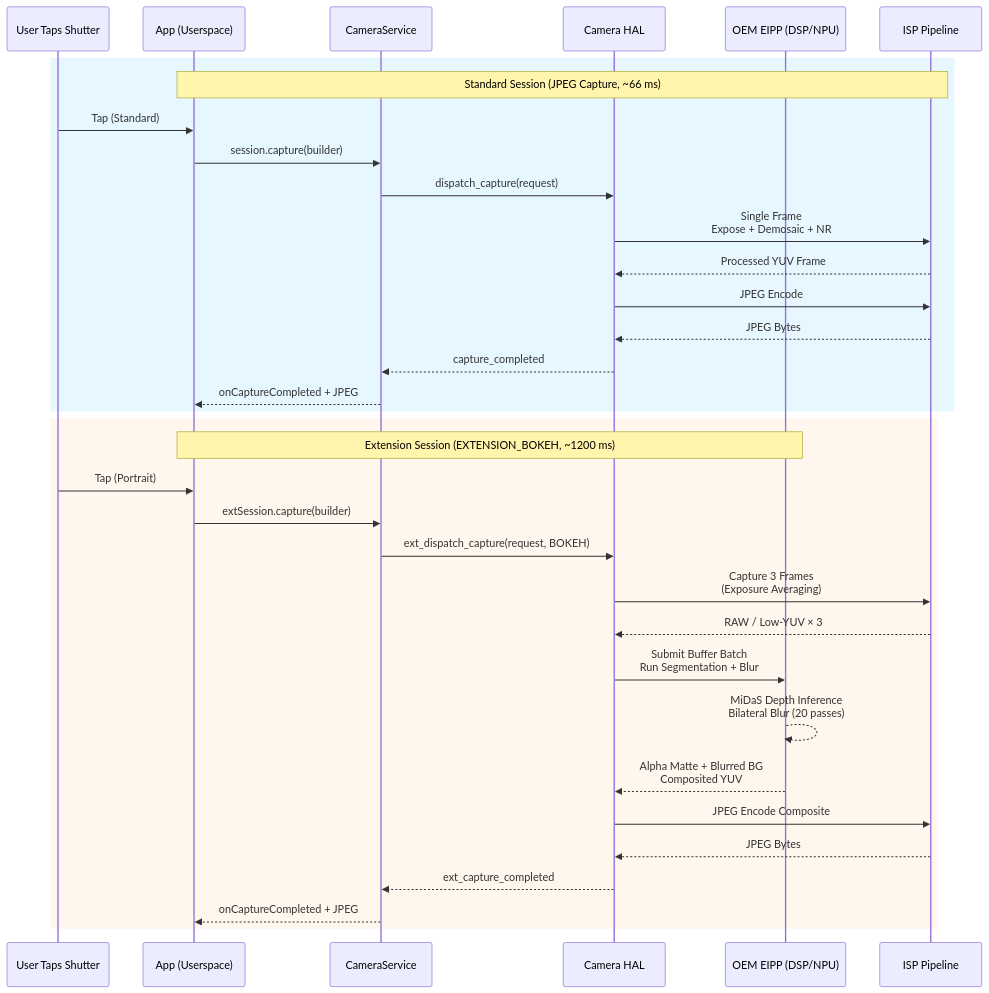
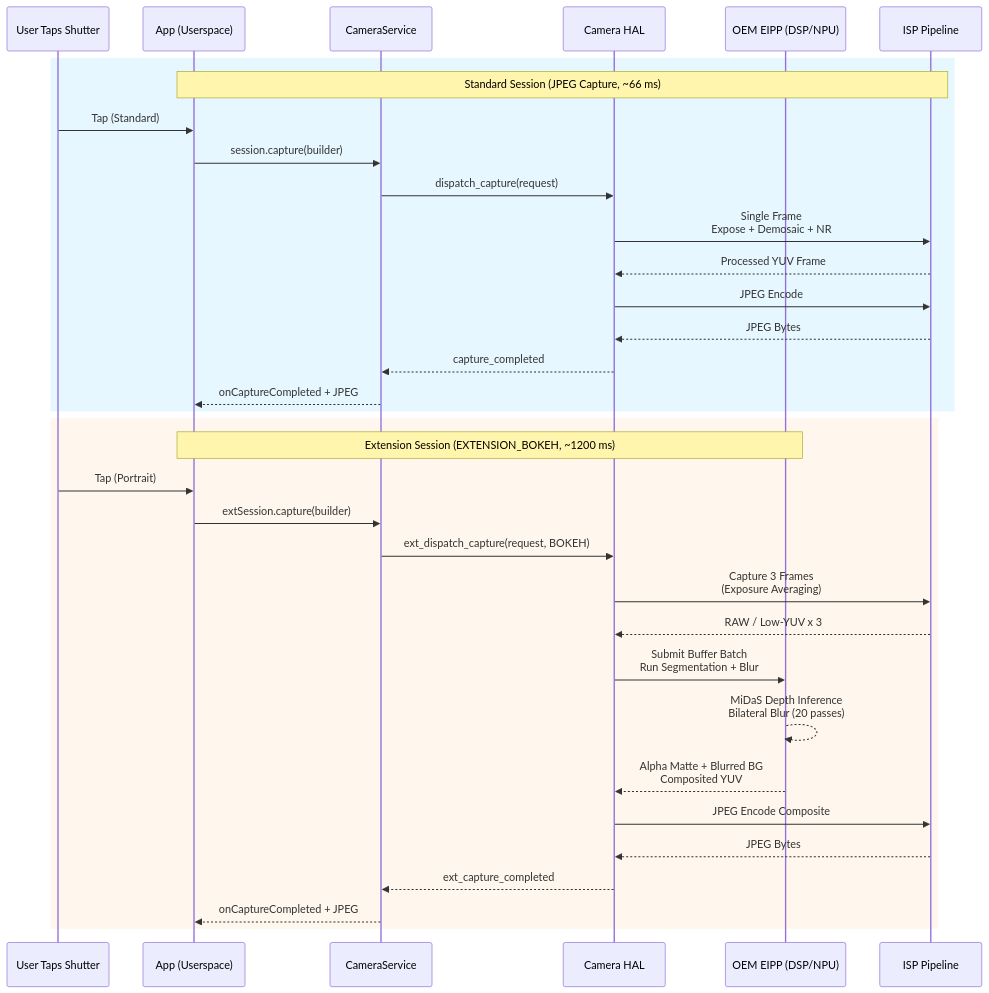
The second of 2 diagrams in website/docs/camera2/camera-extensions.md (zoozooll/AndroidCameraParameters), drawn with Mermaid before and after one commit. The commit also changed other lines of this file and 77 other files, not shown here.

First line of the commit message:
docs: standardize Mermaid syntax and polish 3A pipeline translations

````diff
--- a/website/docs/camera2/camera-extensions.md
+++ b/website/docs/camera2/camera-extensions.md
@@ -317,38 +317,38 @@
 ```mermaid
 sequenceDiagram
     participant U as User Taps Shutter
     participant APP as App (Userspace)
     participant CAM as CameraService
     participant HAL as Camera HAL
     participant EIPP as OEM EIPP (DSP/NPU)
     participant ISP as ISP Pipeline
 
     rect rgb(230, 247, 255)
         Note over APP,ISP: Standard Session (JPEG Capture, ~66 ms)
         U->>APP: Tap (Standard)
         APP->>CAM: session.capture(builder)
         CAM->>HAL: dispatch_capture(request)
         HAL->>ISP: Single Frame<br/>Expose + Demosaic + NR
         ISP-->>HAL: Processed YUV Frame
         HAL->>ISP: JPEG Encode
         ISP-->>HAL: JPEG Bytes
         HAL-->>CAM: capture_completed
         CAM-->>APP: onCaptureCompleted + JPEG
     end
 
     rect rgb(255, 247, 237)
         Note over APP,EIPP: Extension Session (EXTENSION_BOKEH, ~1200 ms)
         U->>APP: Tap (Portrait)
         APP->>CAM: extSession.capture(builder)
         CAM->>HAL: ext_dispatch_capture(request, BOKEH)
         HAL->>ISP: Capture 3 Frames<br/>(Exposure Averaging)
-        ISP-->>HAL: RAW / Low-YUV × 3
+        ISP-->>HAL: RAW / Low-YUV x 3
         HAL->>EIPP: Submit Buffer Batch<br/>Run Segmentation + Blur
         EIPP-->>EIPP: MiDaS Depth Inference<br/>Bilateral Blur (20 passes)
         EIPP-->>HAL: Alpha Matte + Blurred BG<br/>Composited YUV
         HAL->>ISP: JPEG Encode Composite
         ISP-->>HAL: JPEG Bytes
         HAL-->>CAM: ext_capture_completed
         CAM-->>APP: onCaptureCompleted + JPEG
     end
 ```
````
